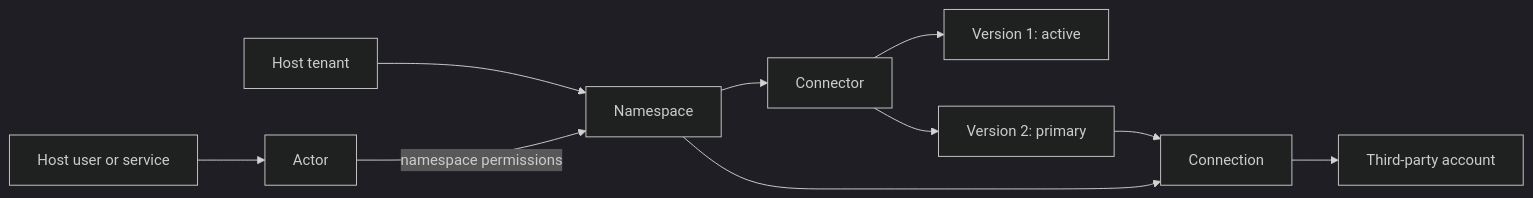
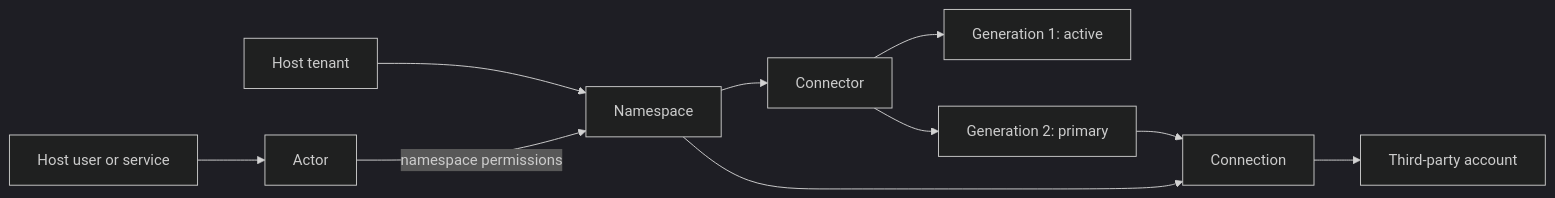
One commit to rmorlok/authproxy changed the first of 2 diagrams in docs/src/content/docs/concepts/core-model.md. Above: the diagram before and after it, drawn with Mermaid (dark theme). The commit also changed other lines of this file and 93 other files, not shown here.

````diff
--- a/docs/src/content/docs/concepts/core-model.md
+++ b/docs/src/content/docs/concepts/core-model.md
@@ -9,12 +9,12 @@
 ```mermaid
 flowchart LR
     HostTenant["Host tenant"] --> NS["Namespace"]
     HostUser["Host user or service"] --> Actor["Actor"]
     Actor -->|"namespace permissions"| NS
     NS --> Connector["Connector"]
-    Connector --> V1["Version 1: active"]
-    Connector --> V2["Version 2: primary"]
+    Connector --> V1["Generation 1: active"]
+    Connector --> V2["Generation 2: primary"]
     V2 --> Connection["Connection"]
     NS --> Connection
     Connection --> Provider["Third-party account"]
 ```
````
